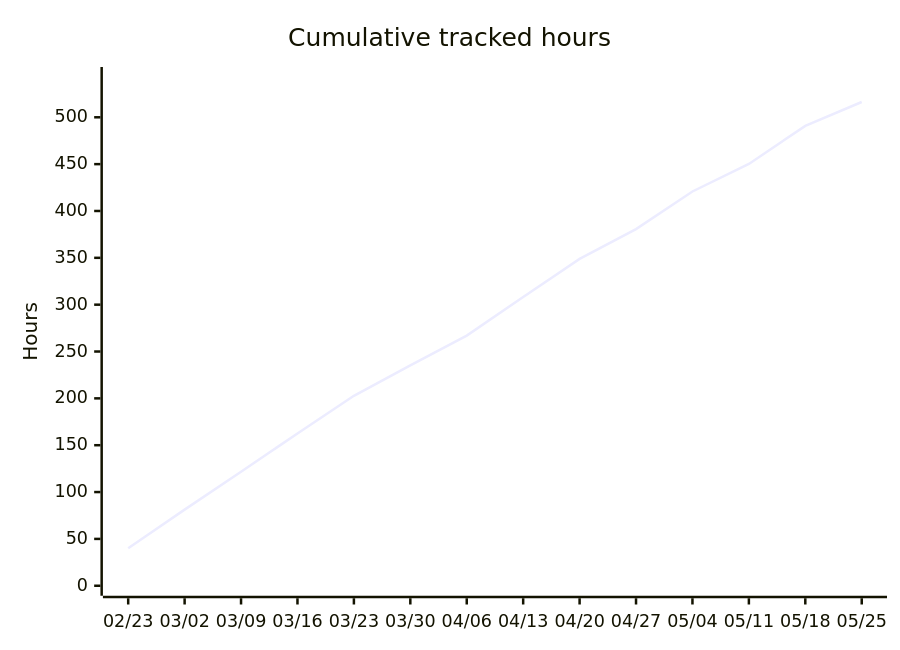
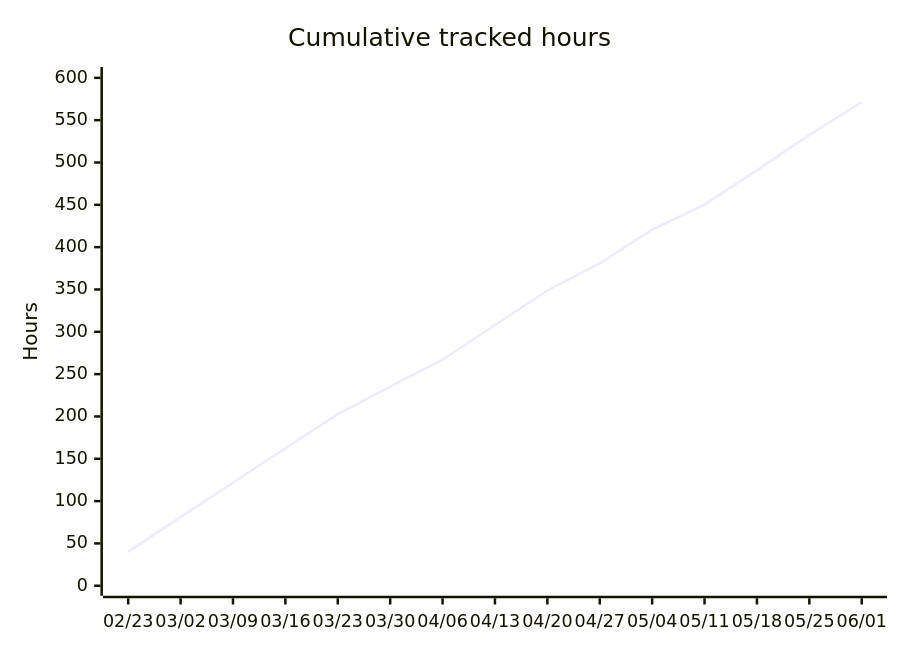
One commit to albinforsberg-netizen/timeclock changed the fifth of 5 diagrams in README.org. Above: the diagram before and after it, drawn with Mermaid. The commit also changed other lines of this file, not shown here.

```diff
--- a/README.org
+++ b/README.org
@@ -125,7 +125,7 @@
 #+begin_src mermaid
 xychart-beta
     title "Cumulative tracked hours"
-    x-axis ["02/23", "03/02", "03/09", "03/16", "03/23", "03/30", "04/06", "04/13", "04/20", "04/27", "05/04", "05/11", "05/18", "05/25"]
-    y-axis "Hours" 0 --> 543
-    line [40.00, 81.25, 121.75, 162.50, 202.75, 235.19, 267.03, 308.11, 348.83, 380.71, 420.81, 450.20, 490.81, 516.31]
+    x-axis ["02/23", "03/02", "03/09", "03/16", "03/23", "03/30", "04/06", "04/13", "04/20", "04/27", "05/04", "05/11", "05/18", "05/25", "06/01"]
+    y-axis "Hours" 0 --> 601
+    line [40.00, 81.25, 121.75, 162.50, 202.75, 235.19, 267.03, 308.11, 348.83, 380.71, 420.81, 450.20, 490.81, 532.57, 571.50]
 #+end_src
```
